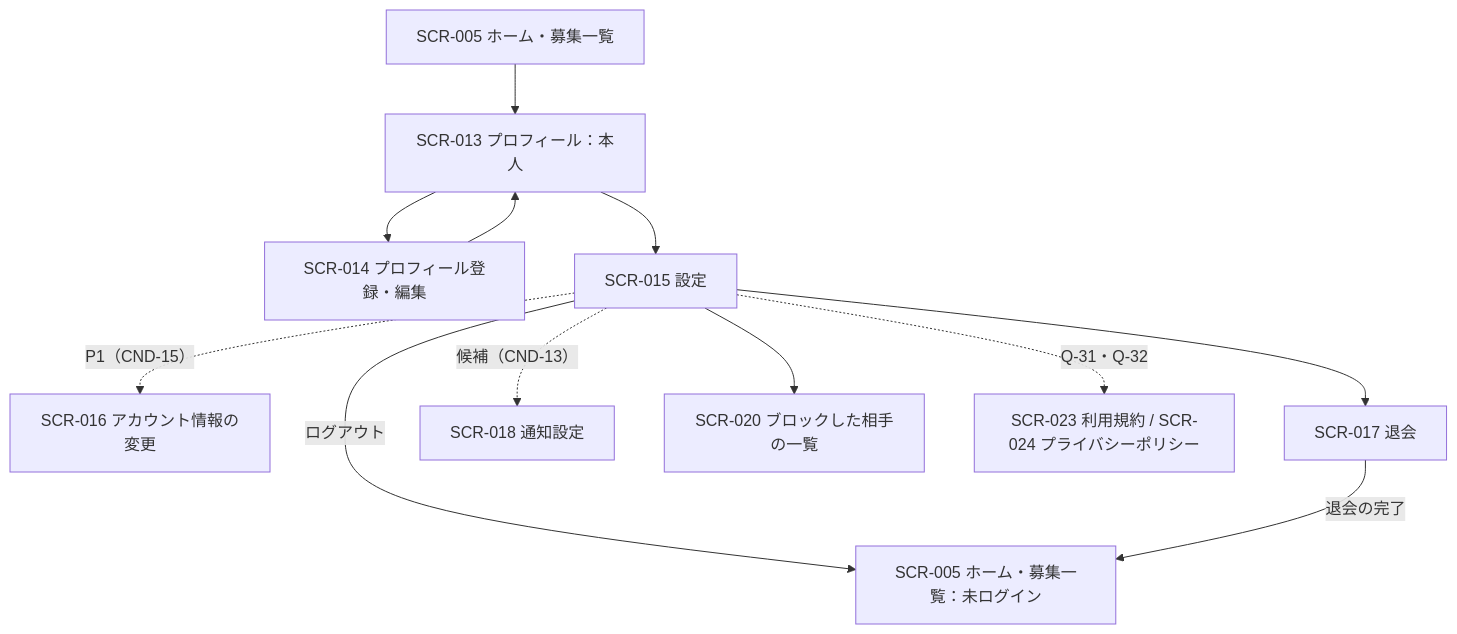
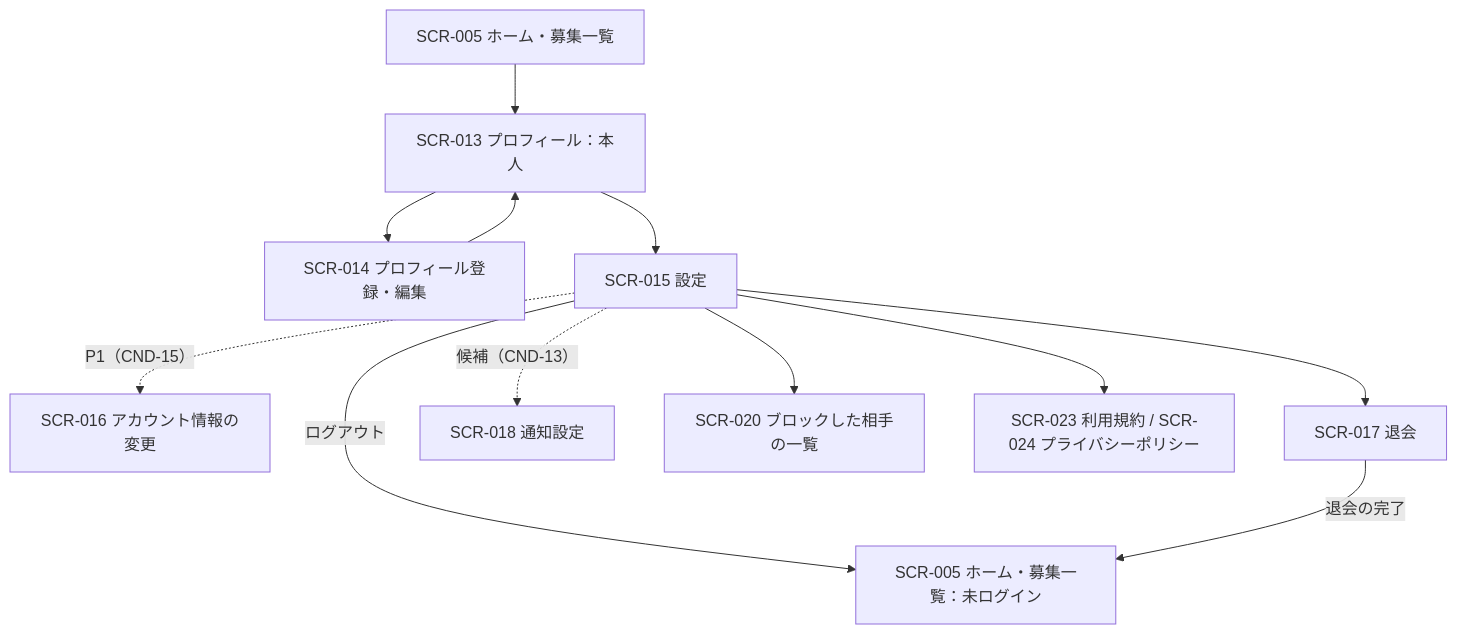
Before and after one commit to sysnovastudio-byte/nagoya-volleyball-matching: the fifth of 8 diagrams in docs/10_画面一覧.md, drawn with Mermaid. The commit also changed other lines of this file and 11 other files, not shown here.

````diff
--- a/docs/10_画面一覧.md
+++ b/docs/10_画面一覧.md
@@ -340,14 +340,14 @@
 ```mermaid
 flowchart TD
     E0["SCR-005 ホーム・募集一覧"] --> E1["SCR-013 プロフィール：本人"]
     E1 --> E2["SCR-014 プロフィール登録・編集"]
     E2 --> E1
     E1 --> E3["SCR-015 設定"]
     E3 -->|"ログアウト"| E4["SCR-005 ホーム・募集一覧：未ログイン"]
     E3 -.->|"P1（CND-15）"| E5["SCR-016 アカウント情報の変更"]
     E3 --> E6["SCR-017 退会"]
     E3 -.->|"候補（CND-13）"| E7["SCR-018 通知設定"]
     E3 --> E8["SCR-020 ブロックした相手の一覧"]
-    E3 -.->|"Q-31・Q-32"| E9["SCR-023 利用規約 / SCR-024 プライバシーポリシー"]
+    E3 --> E9["SCR-023 利用規約 / SCR-024 プライバシーポリシー"]
     E6 -->|"退会の完了"| E4
 ```
````
